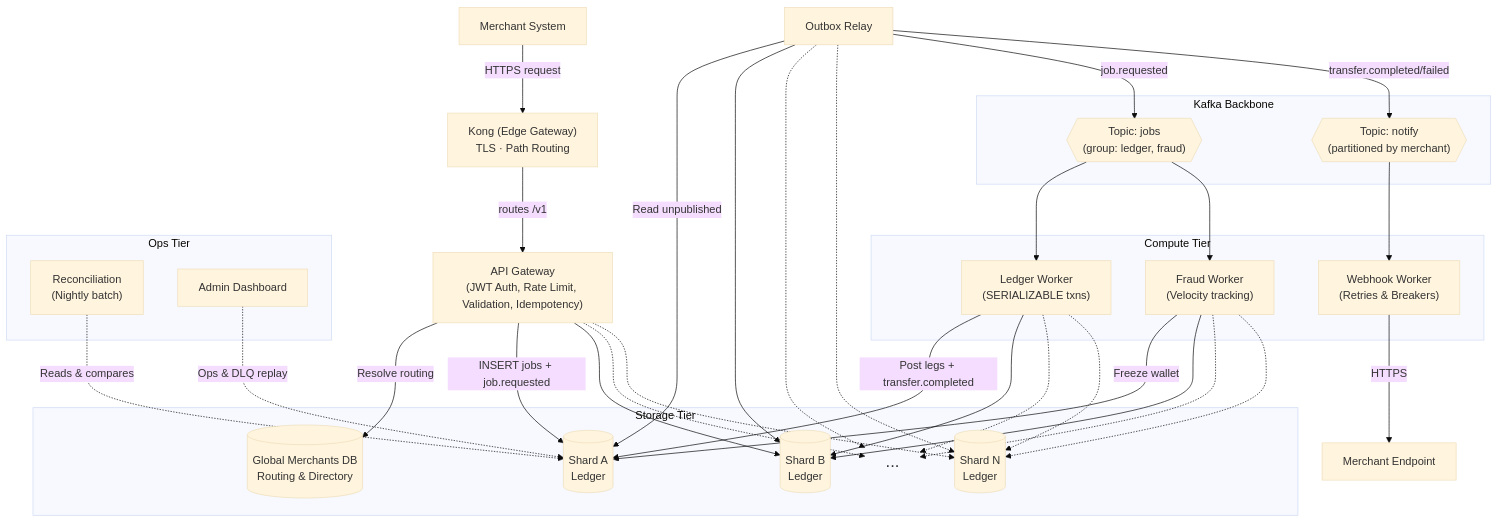
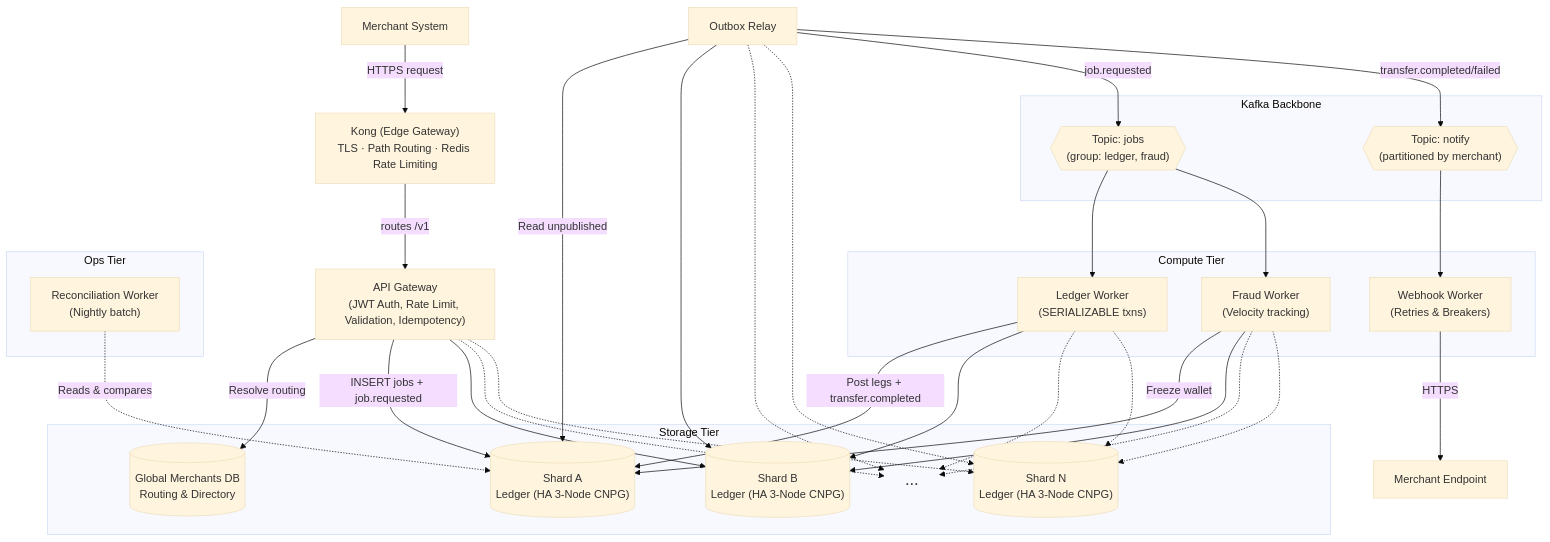
Before and after one commit to Joel-Ajayi/river-rust-queue: the first of 2 diagrams in README.md, drawn with Mermaid (base theme). The commit also changed other lines of this file and 151 other files, not shown here.

````diff
--- a/README.md
+++ b/README.md
@@ -54,76 +55,74 @@
 ```mermaid
 graph TD
   %% External Entities
   merchant["Merchant System"]
   merchantEndpoint["Merchant Endpoint"]
 
   %% API Edge
-  kong["Kong (Edge Gateway)<br/>TLS · Path Routing"]
+  kong["Kong (Edge Gateway)<br/>TLS · Path Routing · Redis Rate Limiting"]
   gateway["API Gateway<br/>(JWT Auth, Rate Limit, Validation, Idempotency)"]
 
   merchant -->|HTTPS request| kong
   kong -->|routes /v1| gateway
 
   %% Databases
   subgraph Storage Tier
     merchantDb[("Global Merchants DB<br/>Routing & Directory")]
-    shardA[("Shard A<br/>Ledger")]
-    shardB[("Shard B<br/>Ledger")]
+    shardA[("Shard A<br/>Ledger (HA 3-Node CNPG)")]
+    shardB[("Shard B<br/>Ledger (HA 3-Node CNPG)")]
     shardDots["..."]
-    shardN[("Shard N<br/>Ledger")]
+    shardN[("Shard N<br/>Ledger (HA 3-Node CNPG)")]
   end
   style shardDots fill:none,stroke:none,font-size:24px;
 
   gateway -->|"Resolve routing"| merchantDb
   gateway -->|"INSERT jobs + job.requested"| shardA
   gateway --> shardB
   gateway -.-> shardDots
   gateway -.-> shardN
 
   %% Messaging
   relay["Outbox Relay"]
   relay -->|Read unpublished| shardA
   relay --> shardB
   relay -.-> shardDots
   relay -.-> shardN
 
   subgraph Kafka Backbone
     jobsTopic{{"Topic: jobs<br/>(group: ledger, fraud)"}}
     notifyTopic{{"Topic: notify<br/>(partitioned by merchant)"}}
   end
 
   relay -->|job.requested| jobsTopic
   relay -->|transfer.completed/failed| notifyTopic
 
   %% Workers
   subgraph Compute Tier
     ledgerWorker["Ledger Worker<br/>(SERIALIZABLE txns)"]
     fraudWorker["Fraud Worker<br/>(Velocity tracking)"]
     webhookWorker["Webhook Worker<br/>(Retries & Breakers)"]
   end
 
   jobsTopic --> ledgerWorker
   jobsTopic --> fraudWorker
   notifyTopic --> webhookWorker
 
   ledgerWorker -->|"Post legs + transfer.completed"| shardA
   ledgerWorker --> shardB
   ledgerWorker -.-> shardDots
   ledgerWorker -.-> shardN
 
   fraudWorker -->|"Freeze wallet"| shardA
   fraudWorker --> shardB
   fraudWorker -.-> shardDots
   fraudWorker -.-> shardN
 
   webhookWorker -->|HTTPS| merchantEndpoint
 
   %% Operations
   subgraph Ops Tier
-    reconciliation["Reconciliation<br/>(Nightly batch)"]
-    adminDashboard["Admin Dashboard"]
+    reconciliation["Reconciliation Worker<br/>(Nightly batch)"]
   end
   
   reconciliation -.->|Reads & compares| shardA
-  adminDashboard -.->|Ops & DLQ replay| shardA
 ```
````
